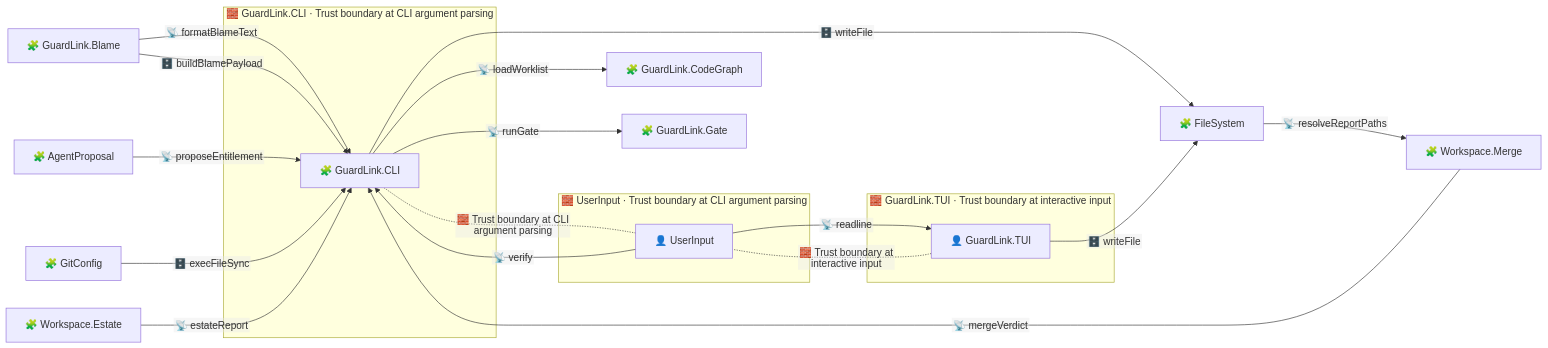
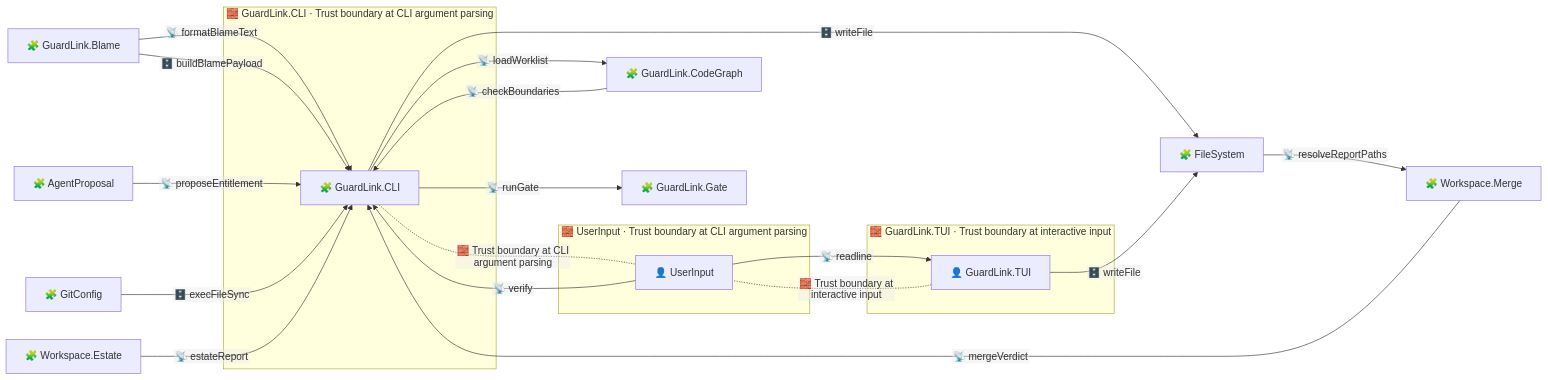
One commit to Bugb-Technologies/guardlink changed the diagram in .guardlink/graph/by-boundary/cli-input-boundary.mmd. Above: the diagram before and after it, drawn with Mermaid. The commit also changed 63 other files, not shown here.

```diff
--- a/.guardlink/graph/by-boundary/cli-input-boundary.mmd
+++ b/.guardlink/graph/by-boundary/cli-input-boundary.mmd
@@ -1,45 +1,46 @@
 %% GENERATED FILE — do not edit. Regenerate with: guardlink artifacts .
 %% artifact:        by-boundary/cli-input-boundary.mmd
 %% scope:           PARTIAL — the Trust boundary at CLI argument parsing between cli and userinput, and what flows across it
-%% annotation_hash: sha256-v3:a9ec60de2a3a302843cdd616ba5681d1bfdd04fa1ca9364d60c049443e0954d6
+%% annotation_hash: sha256-v3:d02b387aba43c6c331700247d8cc308a417da789071942746f01a06ec68bfa1e
 %% generator:       guardlink@2.1.0
 %% ---
 %% This diagram is derived from the annotations in this repository. If
 %% annotation_hash above differs from what `guardlink status .` reports, the
 %% diagram is STALE — regenerate rather than trusting it.
 %% When it was generated and at which commit: ask git. Those move for reasons
 %% unrelated to the diagram, so they are reported at emission time, not stored.
 %%{init: {"flowchart": {"nodeSpacing": 44, "rankSpacing": 58, "curve": "basis", "htmlLabels": false}}}%%
 graph LR
   subgraph Z0["🧱 GuardLink.CLI · Trust boundary at CLI argument parsing"]
     cli["🧩 GuardLink.CLI"]
   end
   subgraph Z1["🧱 UserInput · Trust boundary at CLI argument parsing"]
     userinput["👤 UserInput"]
   end
   subgraph Z2["🧱 GuardLink.TUI · Trust boundary at interactive input"]
     tui["👤 GuardLink.TUI"]
   end
   blame["🧩 GuardLink.Blame"]
   filesystem["🧩 FileSystem"]
   codegraph["🧩 GuardLink.CodeGraph"]
   gate["🧩 GuardLink.Gate"]
   agentproposal["🧩 AgentProposal"]
   gitconfig["🧩 GitConfig"]
   estate_view["🧩 Workspace.Estate"]
   merge_engine["🧩 Workspace.Merge"]
   cli -.-|🧱 Trust boundary at CLI argument parsing| userinput
   tui -.-|🧱 Trust boundary at interactive input| userinput
   blame -- "📡 formatBlameText" --> cli
   blame -- "🗄️ buildBlamePayload" --> cli
   cli -- "🗄️ writeFile" --> filesystem
+  cli -- "📡 loadWorklist" --> codegraph
   userinput -- "📡 verify" --> cli
-  cli -- "📡 loadWorklist" --> codegraph
   cli -- "📡 runGate" --> gate
+  codegraph -- "📡 checkBoundaries" --> cli
   agentproposal -- "📡 proposeEntitlement" --> cli
   gitconfig -- "🗄️ execFileSync" --> cli
   tui -- "🗄️ writeFile" --> filesystem
   userinput -- "📡 readline" --> tui
   estate_view -- "📡 estateReport" --> cli
   merge_engine -- "📡 mergeVerdict" --> cli
   filesystem -- "📡 resolveReportPaths" --> merge_engine
```
